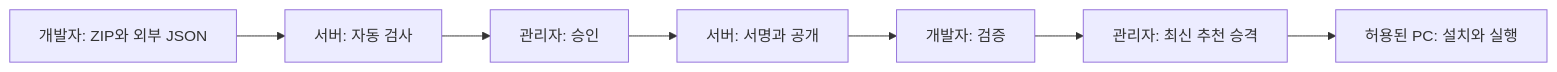
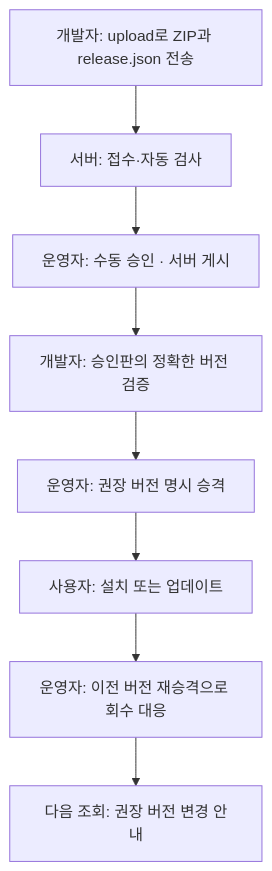
One commit to YonghoKwon/UE-DT-LAUNCHER changed the second of 2 diagrams in README.md. Above: the diagram before and after it, drawn with Mermaid. The commit also changed other lines of this file and 6 other files, not shown here.

````diff
--- a/README.md
+++ b/README.md
@@ -44,9 +37,13 @@
 ```mermaid
-flowchart LR
-    package["개발자: ZIP와 외부 JSON"] --> inspect["서버: 자동 검사"]
-    inspect --> approve["관리자: 승인"]
-    approve --> publish["서버: 서명과 공개"]
-    publish --> verifyRelease["개발자: 검증"]
-    verifyRelease --> promote["관리자: 최신 추천 승격"]
-    promote --> launch["허용된 PC: 설치와 실행"]
+flowchart TD
+    upload["개발자: upload로 ZIP과 release.json 전송"]
+    intake["서버: 접수·자동 검사"]
+    approve["운영자: 수동 승인 · 서버 게시"]
+    verify["개발자: 승인판의 정확한 버전 검증"]
+    promote["운영자: 권장 버전 명시 승격"]
+    install["사용자: 설치 또는 업데이트"]
+    recall["운영자: 이전 버전 재승격으로 회수 대응"]
+    notice["다음 조회: 권장 버전 변경 안내"]
+    upload --> intake --> approve --> verify --> promote --> install
+    install --> recall --> notice
 ```
````
